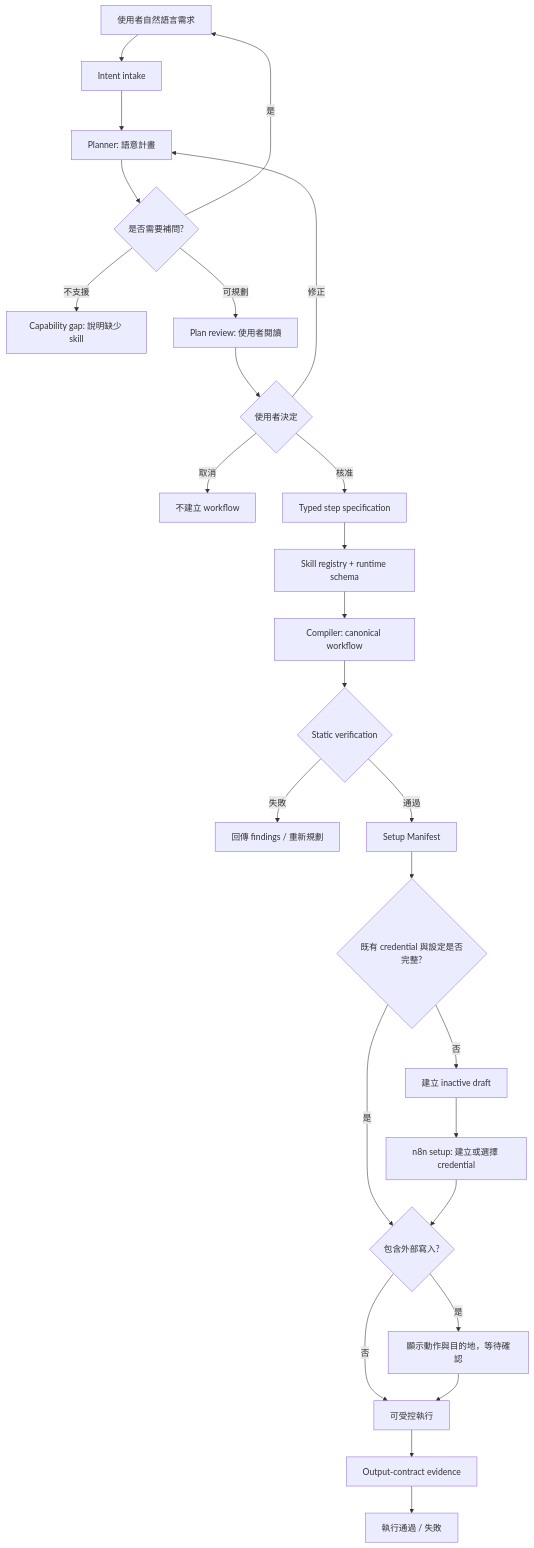
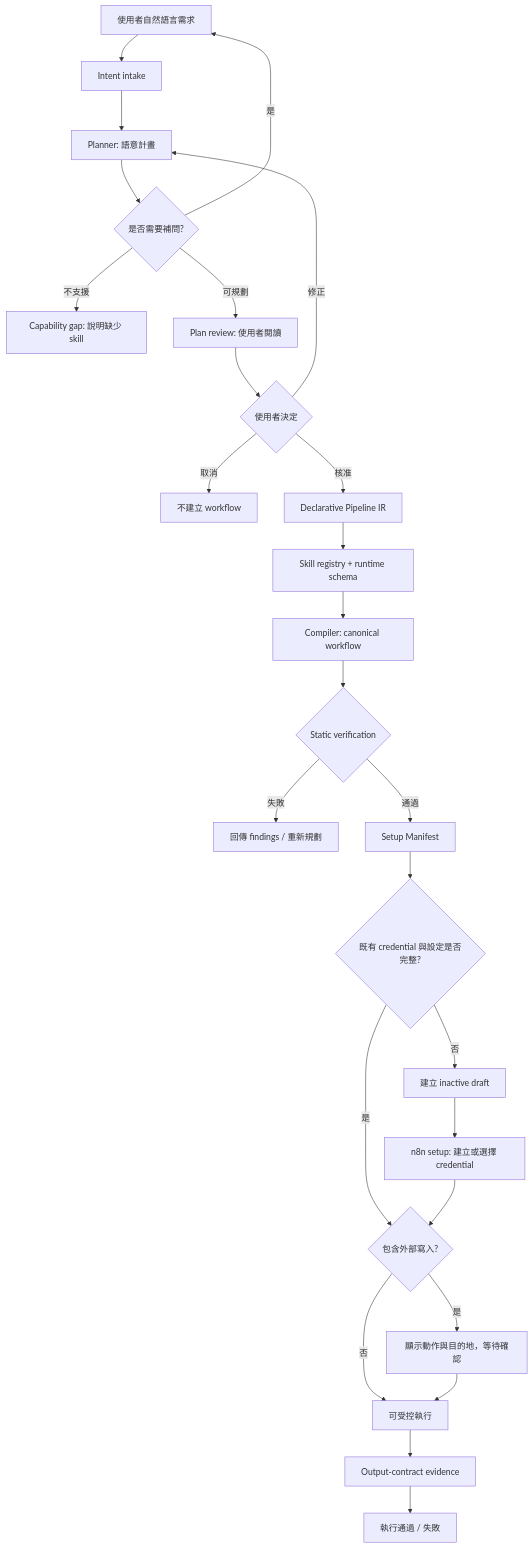
Before and after one commit to ryukyucoding/n8n-ai-widget: the diagram in docs/RUNTIME_AWARE_SYSTEM_SPECIFICATION_ZH.md, drawn with Mermaid. The commit also changed other lines of this file, not shown here.

Commit message:
docs(autoresearch): incorporate runtime architecture review

````diff
--- a/docs/RUNTIME_AWARE_SYSTEM_SPECIFICATION_ZH.md
+++ b/docs/RUNTIME_AWARE_SYSTEM_SPECIFICATION_ZH.md
@@ -52,28 +54,28 @@
 ```mermaid
 flowchart TD
   U[使用者自然語言需求] --> I[Intent intake]
   I --> P[Planner: 語意計畫]
   P --> Q{是否需要補問?}
   Q -- 是 --> U
   Q -- 不支援 --> G[Capability gap: 說明缺少 skill]
   Q -- 可規劃 --> R[Plan review: 使用者閱讀]
   R --> D{使用者決定}
   D -- 修正 --> P
   D -- 取消 --> X[不建立 workflow]
-  D -- 核准 --> S[Typed step specification]
+  D -- 核准 --> S[Declarative Pipeline IR]
   S --> K[Skill registry + runtime schema]
   K --> C[Compiler: canonical workflow]
   C --> V{Static verification}
   V -- 失敗 --> F[回傳 findings / 重新規劃]
   V -- 通過 --> M[Setup Manifest]
   M --> B{既有 credential 與設定是否完整?}
   B -- 否 --> W[建立 inactive draft]
   W --> N[n8n setup: 建立或選擇 credential]
   B -- 是 --> E{包含外部寫入?}
   N --> E
   E -- 是 --> H[顯示動作與目的地，等待確認]
   E -- 否 --> T[可受控執行]
   H --> T
   T --> O[Output-contract evidence]
   O --> Z[執行通過 / 失敗]
 ```
````
